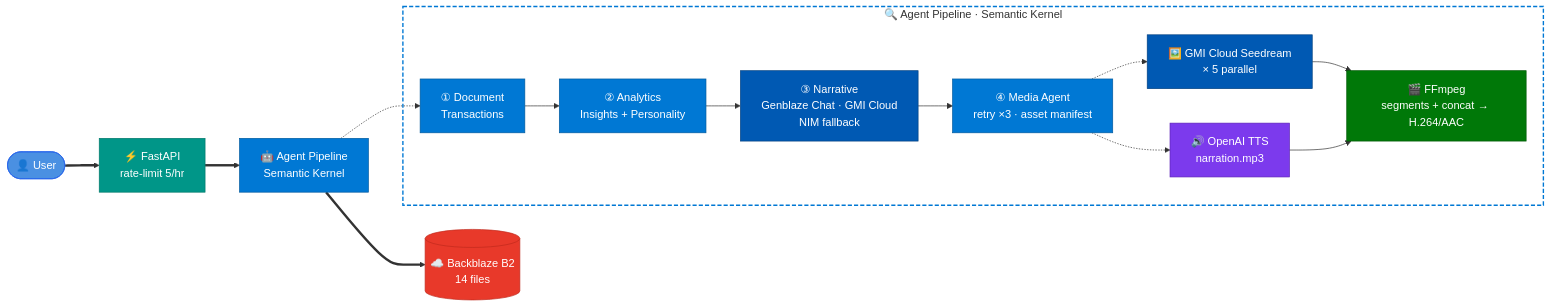
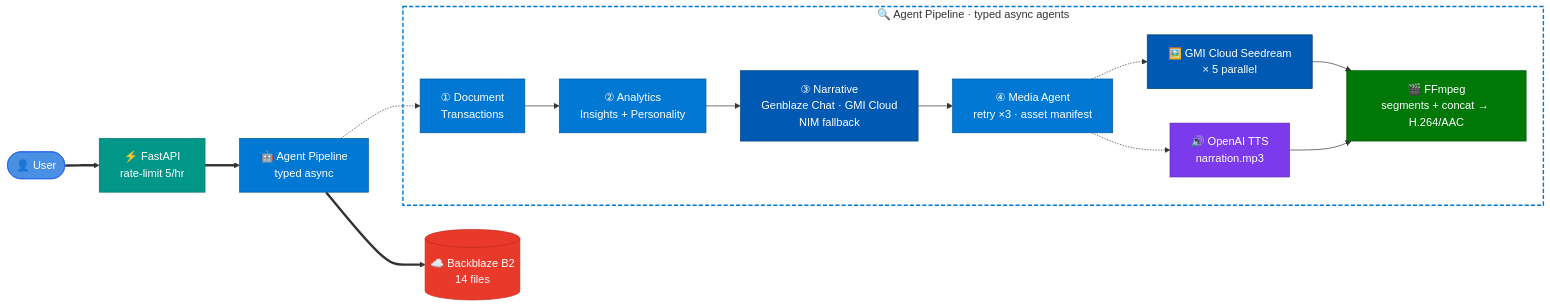
Before and after one commit to iarjunganesh/bankers-wrapped: the diagram in README.md, drawn with Mermaid. The commit also changed other lines of this file and 22 other files, not shown here.

````diff
--- a/README.md
+++ b/README.md
@@ -93,37 +70,37 @@
 ```mermaid
 graph LR
     classDef user fill:#4A90E2,stroke:#2563EB,color:#fff
     classDef api  fill:#009688,stroke:#00796B,color:#fff
     classDef sk   fill:#0078D4,stroke:#005A9E,color:#fff
     classDef nim  fill:#76B900,stroke:#5A8A00,color:#fff
     classDef gmi  fill:#0059B3,stroke:#004080,color:#fff
     classDef ff   fill:#007808,stroke:#005A06,color:#fff
     classDef b2   fill:#E8392A,stroke:#C02A1D,color:#fff
     classDef tts  fill:#7C3AED,stroke:#5B21B6,color:#fff
 
     U(["👤 User"]):::user
     API["⚡ FastAPI<br/>rate-limit 5/hr"]:::api
-    PL["🤖 Agent Pipeline<br/>Semantic Kernel"]:::sk
+    PL["🤖 Agent Pipeline<br/>typed async"]:::sk
     B2[("☁️ Backblaze B2<br/>14 files")]:::b2
 
     U ==> API ==> PL ==> B2
 
-    subgraph pipe["🔍 Agent Pipeline · Semantic Kernel"]
+    subgraph pipe["🔍 Agent Pipeline · typed async agents"]
         A1["① Document<br/>Transactions"]:::sk
         A2["② Analytics<br/>Insights + Personality"]:::sk
         A3["③ Narrative<br/>Genblaze Chat · GMI Cloud<br/>NIM fallback"]:::gmi
         A4["④ Media Agent<br/>retry ×3 · asset manifest"]:::sk
         GI["🖼️ GMI Cloud Seedream<br/>× 5 parallel"]:::gmi
         AU["🔊 OpenAI TTS<br/>narration.mp3"]:::tts
         FF["🎬 FFmpeg<br/>segments + concat → H.264/AAC"]:::ff
         A1 --> A2 --> A3 --> A4
         A4 -.-> GI
         A4 -.-> AU
         GI --> FF
         AU --> FF
     end
 
     style pipe fill:transparent,stroke:#0078D4,stroke-width:2px,stroke-dasharray:6 3
 
     PL -.-> A1
 ```
````
